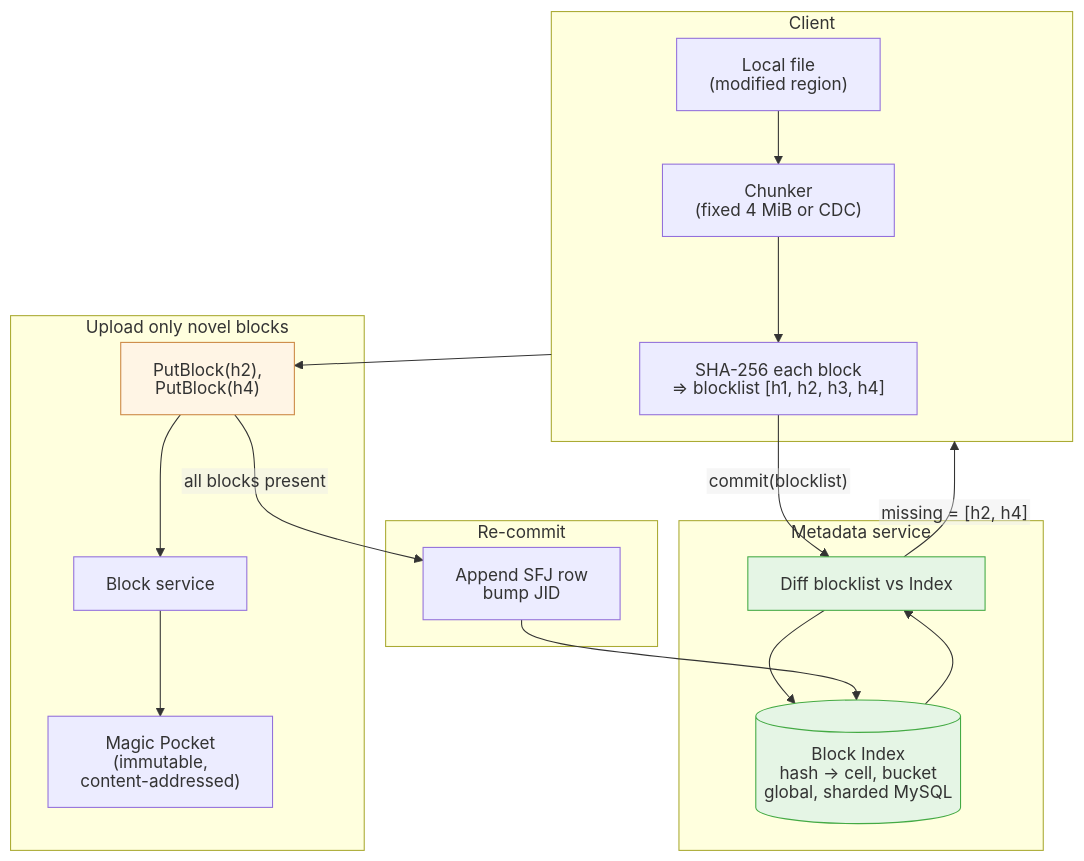
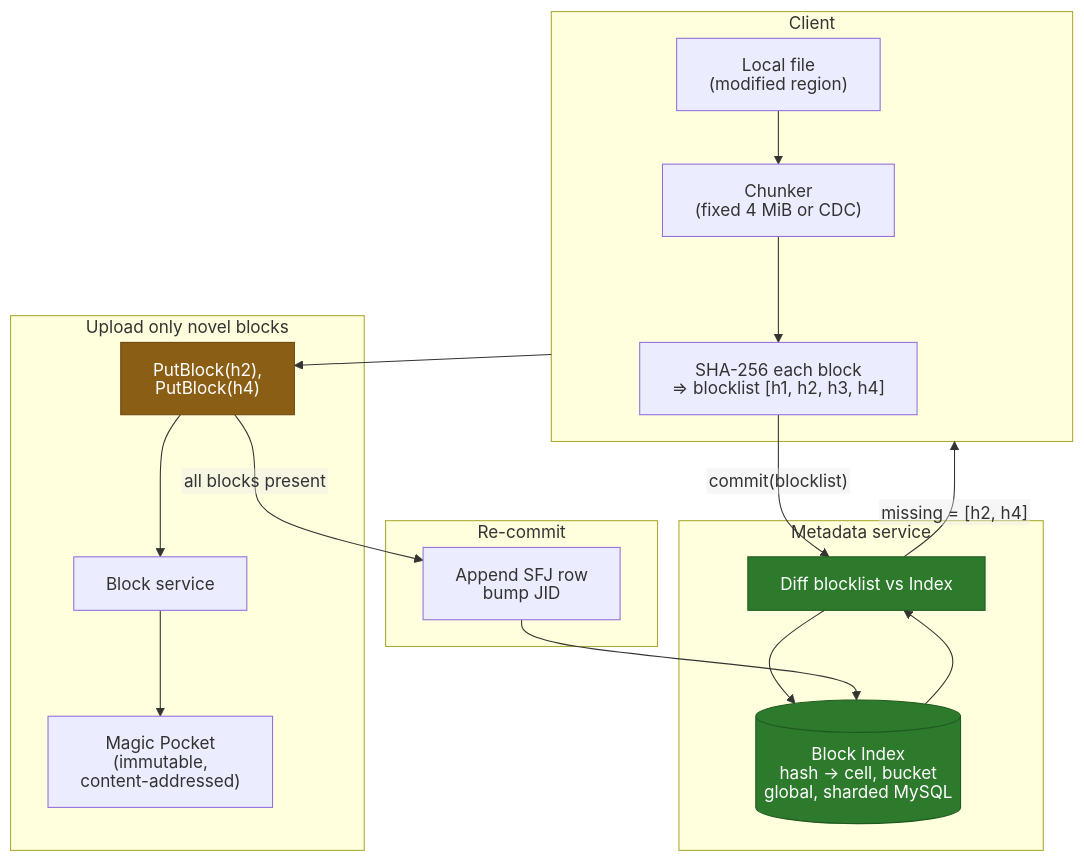
One commit to sujeet-pro/sujeet.pro changed the diagram in content/articles/design-dropbox-file-sync/diagrams/chunk-dedup-flow.mermaid. Above: the diagram before and after it, drawn with Mermaid. The commit also changed 2813 other files, not shown here.

First line of the commit message:
feat: adopt pagesmith 0.11 + diagramkit 0.4 — upstream feed/sitemap/validators, optimized re-render, contrast gate ON

```diff
--- a/content/articles/design-dropbox-file-sync/diagrams/chunk-dedup-flow.mermaid
+++ b/content/articles/design-dropbox-file-sync/diagrams/chunk-dedup-flow.mermaid
@@ -1,41 +1,41 @@
 %% Diagram: Content-addressed chunk dedup against a global Block Index
 %% Type: flowchart
 %%{init: {'htmlLabels': false}}%%
 flowchart TB
     subgraph Client["Client"]
         File["Local file<br/>(modified region)"]
         Chunk["Chunker<br/>(fixed 4 MiB or CDC)"]
         Hash["SHA-256 each block<br/>=> blocklist [h1, h2, h3, h4]"]
     end
 
     File --> Chunk --> Hash
 
     subgraph Meta["Metadata service"]
         Idx[("Block Index<br/>hash -> cell, bucket<br/>global, sharded MySQL")]
         Diff["Diff blocklist vs Index"]
     end
 
     Hash -- "commit(blocklist)" --> Diff
     Diff --> Idx
     Idx --> Diff
     Diff -- "missing = [h2, h4]" --> Client
 
     subgraph Upload["Upload only novel blocks"]
         PB["PutBlock(h2), PutBlock(h4)"]
         BS["Block service"]
         MP["Magic Pocket<br/>(immutable, content-addressed)"]
     end
 
     Client --> PB --> BS --> MP
 
     subgraph Commit["Re-commit"]
         SFJ["Append SFJ row<br/>bump JID"]
     end
 
     PB -- "all blocks present" --> SFJ
     SFJ --> Idx
 
-    classDef hit fill:#e5f5e5,stroke:#44aa44
-    classDef miss fill:#fff5e5,stroke:#cc8844
+    classDef hit fill:#2D7A2D,stroke:#1E5A1E,color:#ffffff
+    classDef miss fill:#8B5E15,stroke:#6E4810,color:#ffffff
     class Diff,Idx hit
     class PB miss
```
